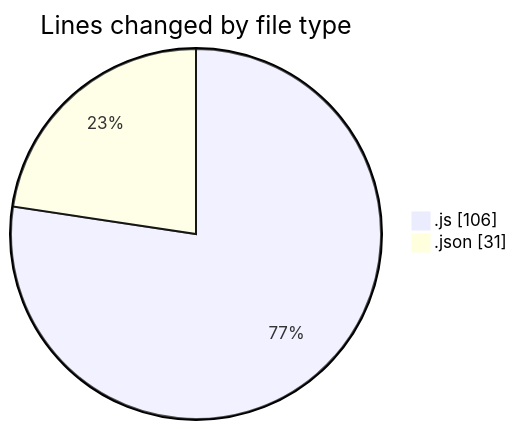
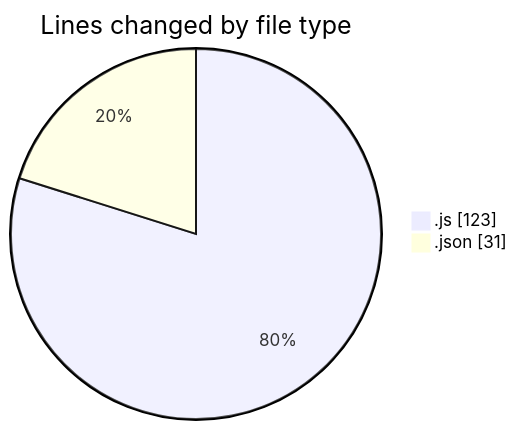
The first of 2 diagrams in 2025-07-02/mern-thinkboard/README.md (Ritupan-Deka/code-tracking), drawn with Mermaid before and after one commit. The commit also changed other lines of this file and 1 other file, not shown here.

````diff
--- a/2025-07-02/mern-thinkboard/README.md
+++ b/2025-07-02/mern-thinkboard/README.md
@@ -22,6 +23,6 @@
 ```mermaid
 pie showData
 title Lines changed by file type
-".js" : 106
+".js" : 123
 ".json" : 31
 ```
````
